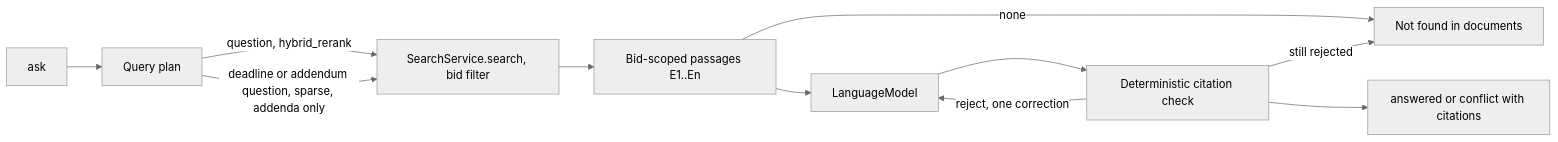
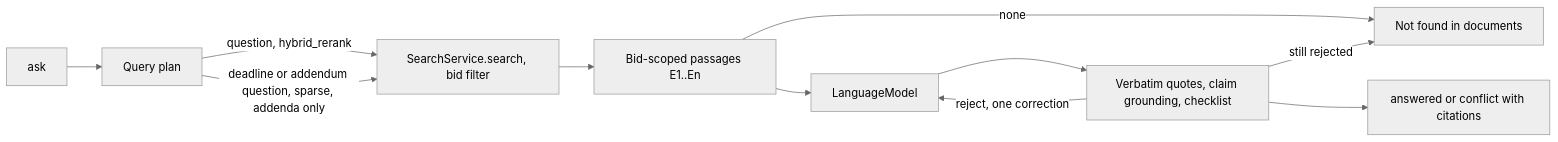
The sixth of 6 diagrams in docs/architecture.md (prince-1104/RFP-Intelligence-Platform), drawn with Mermaid (neutral theme) before and after one commit. The commit also changed other lines of this file and 25 other files, not shown here.

````diff
--- a/docs/architecture.md
+++ b/docs/architecture.md
@@ -209,13 +236,13 @@
 ```mermaid
 flowchart LR
   Ask[ask] --> Plan[Query plan]
   Plan -->|question, hybrid_rerank| Search[SearchService.search, bid filter]
   Plan -->|deadline or addendum question, sparse, addenda only| Search
   Search --> Evidence[Bid-scoped passages E1..En]
   Evidence -->|none| Abstain[Not found in documents]
   Evidence --> Model[LanguageModel]
-  Model --> Check[Deterministic citation check]
+  Model --> Check[Verbatim quotes, claim grounding, checklist]
   Check -->|reject, one correction| Model
   Check -->|still rejected| Abstain
   Check --> Answer[answered or conflict with citations]
 ```
````
